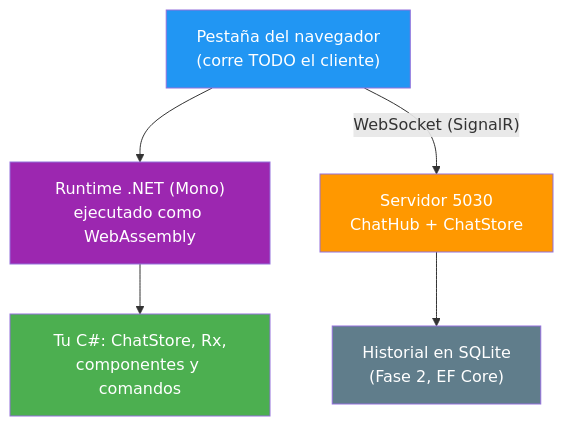
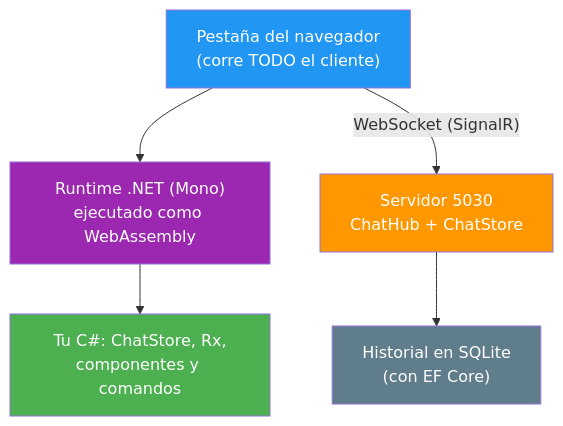
The first of 11 diagrams in docs/03-cliente-blazor.md (joseluisgs/AulaChatNet), drawn with Mermaid before and after one commit. The commit also changed other lines of this file and 11 other files, not shown here.

````diff
--- a/docs/03-cliente-blazor.md
+++ b/docs/03-cliente-blazor.md
@@ -49,13 +55,13 @@
 ```mermaid
 flowchart TD
     P["Pestaña del navegador<br/>(corre TODO el cliente)"] --> R["Runtime .NET (Mono)<br/>ejecutado como WebAssembly"]
     R --> C["Tu C#: ChatStore, Rx,<br/>componentes y comandos"]
     P -->|"WebSocket (SignalR)"| H["Servidor 5030<br/>ChatHub + ChatStore"]
-    H --> F["Historial en SQLite<br/>(Fase 2, EF Core)"]
+    H --> F["Historial en SQLite<br/>(con EF Core)"]
 
     style P fill:#2196F3,color:#fff
     style R fill:#9C27B0,color:#fff
     style C fill:#4CAF50,color:#fff
     style H fill:#FF9800,color:#fff
     style F fill:#607D8B,color:#fff
 ```
````
